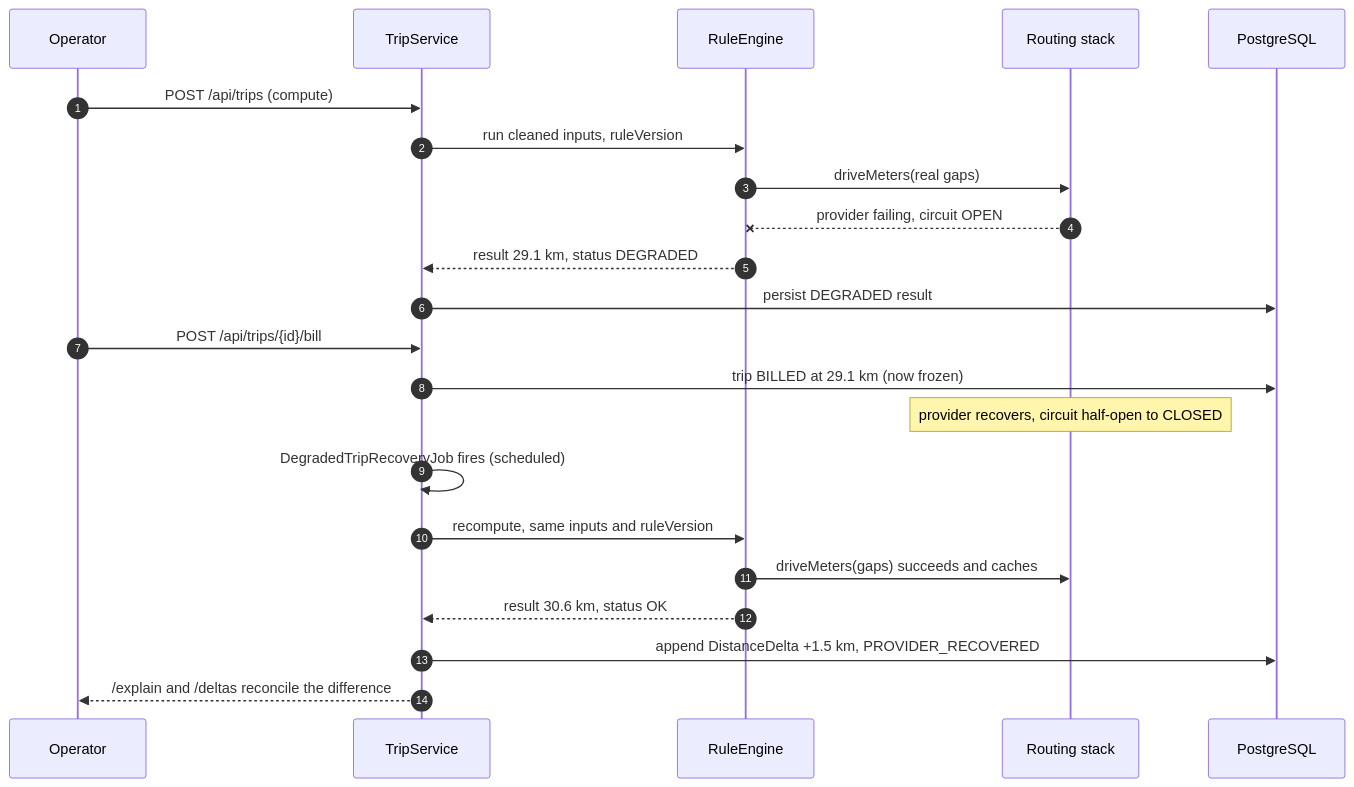
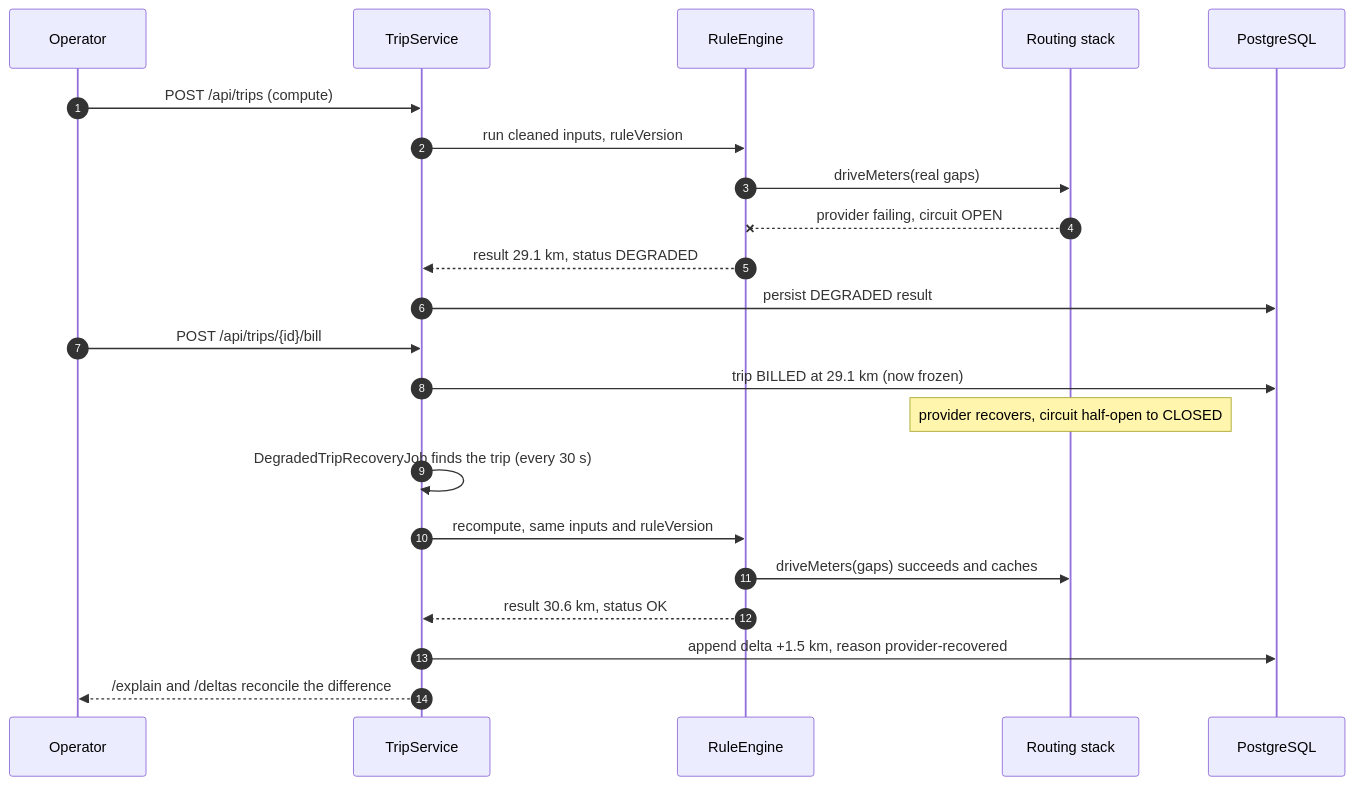
One commit to Siddharth-singh2111/moveinsync-assignment changed the third of 3 diagrams in README.md. Above: the diagram before and after it, drawn with Mermaid. The commit also changed other lines of this file and 3 other files, not shown here.

````diff
--- a/README.md
+++ b/README.md
@@ -178,26 +178,26 @@
 ```mermaid
 sequenceDiagram
     autonumber
     participant Op as Operator
     participant SVC as TripService
     participant RE as RuleEngine
     participant RP as Routing stack
     participant DB as PostgreSQL
 
     Op->>SVC: POST /api/trips (compute)
     SVC->>RE: run cleaned inputs, ruleVersion
     RE->>RP: driveMeters(real gaps)
     RP--xRE: provider failing, circuit OPEN
     RE-->>SVC: result 29.1 km, status DEGRADED
     SVC->>DB: persist DEGRADED result
     Op->>SVC: POST /api/trips/{id}/bill
     SVC->>DB: trip BILLED at 29.1 km (now frozen)
 
     Note over RP: provider recovers, circuit half-open to CLOSED
-    SVC->>SVC: DegradedTripRecoveryJob fires (scheduled)
+    SVC->>SVC: DegradedTripRecoveryJob finds the trip (every 30 s)
     SVC->>RE: recompute, same inputs and ruleVersion
     RE->>RP: driveMeters(gaps) succeeds and caches
     RE-->>SVC: result 30.6 km, status OK
-    SVC->>DB: append DistanceDelta +1.5 km, PROVIDER_RECOVERED
+    SVC->>DB: append delta +1.5 km, reason provider-recovered
     SVC-->>Op: /explain and /deltas reconcile the difference
 ```
````
